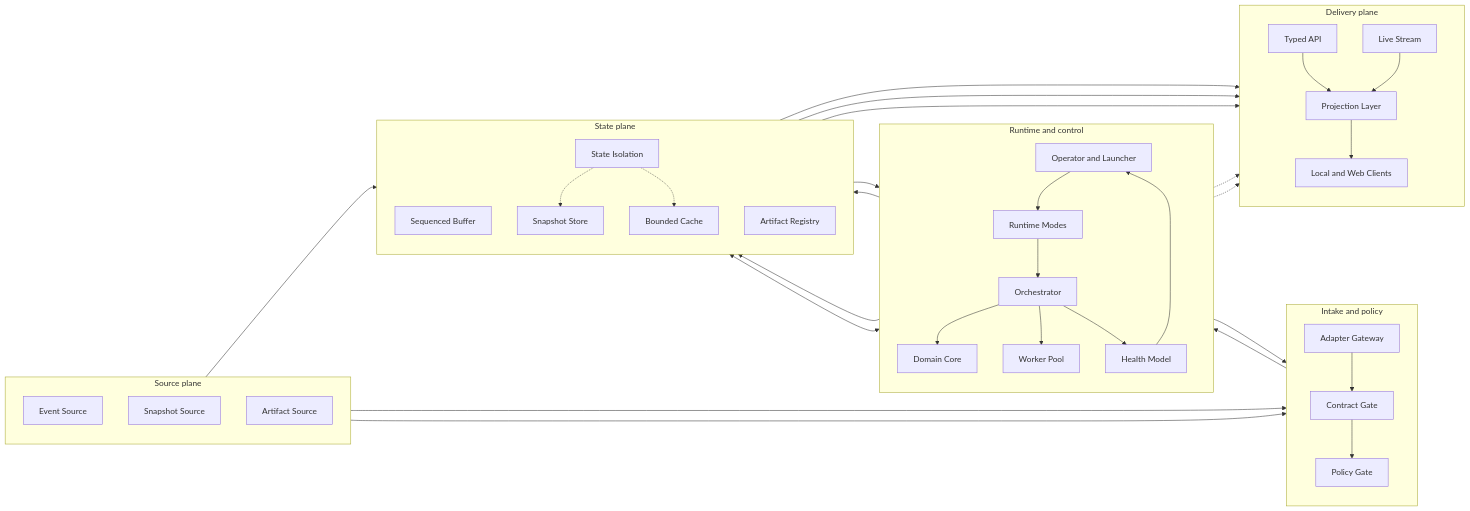
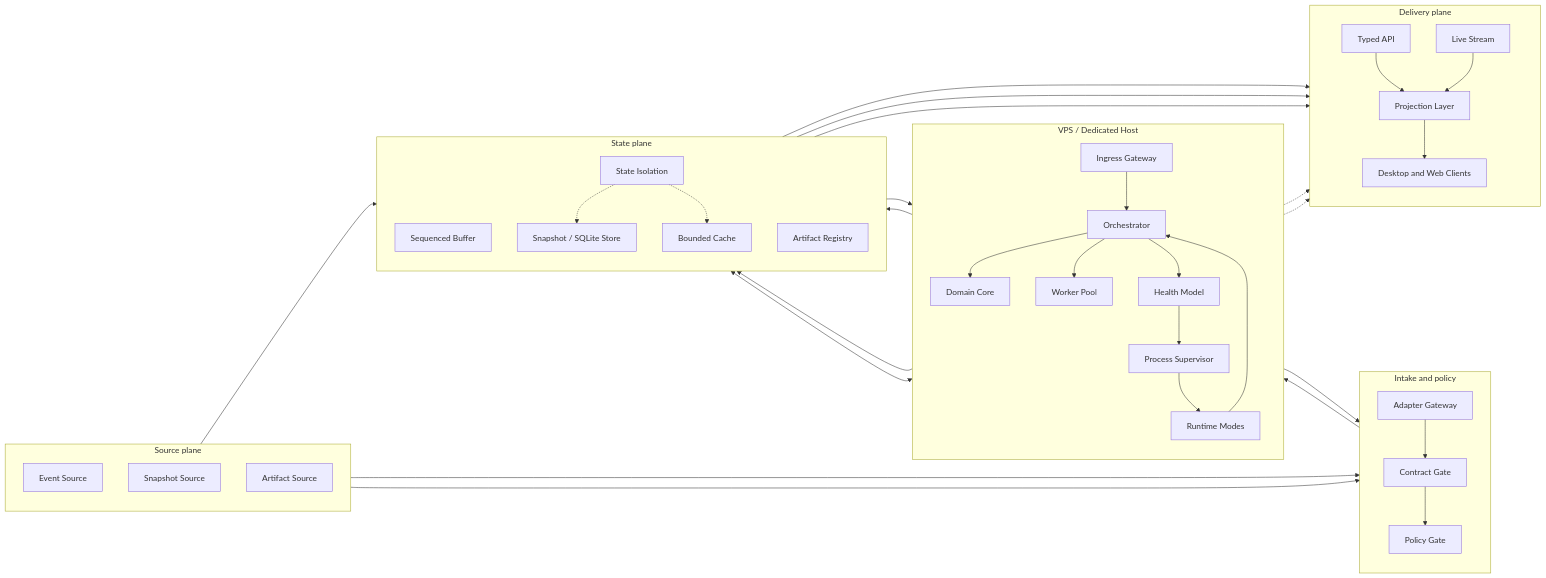
Before and after one commit to VicoD3X/VicoD3X: the diagram in README.md, drawn with Mermaid. The commit also changed other lines of this file, not shown here.

````diff
--- a/README.md
+++ b/README.md
@@ -43,67 +43,68 @@
 ```mermaid
 flowchart LR
     subgraph sources["Source plane"]
         direction TB
         eventSource["Event Source"]
         snapshotSource["Snapshot Source"]
         artifactSource["Artifact Source"]
     end
 
     subgraph intake["Intake and policy"]
         direction TB
         adapters["Adapter Gateway"]
         contracts["Contract Gate"]
         policy["Policy Gate"]
     end
 
-    subgraph core["Runtime and control"]
+    subgraph core["VPS / Dedicated Host"]
         direction TB
-        launcher["Operator and Launcher"]
+        ingress["Ingress Gateway"]
+        supervisor["Process Supervisor"]
         modes["Runtime Modes"]
         orchestrator["Orchestrator"]
         domain["Domain Core"]
         workers["Worker Pool"]
         health["Health Model"]
     end
 
     subgraph state["State plane"]
         direction TB
         eventBuffer["Sequenced Buffer"]
-        snapshotStore["Snapshot Store"]
+        snapshotStore["Snapshot / SQLite Store"]
         cache["Bounded Cache"]
         registry["Artifact Registry"]
         isolation["State Isolation"]
     end
 
     subgraph delivery["Delivery plane"]
         direction TB
         api["Typed API"]
         live["Live Stream"]
         projection["Projection Layer"]
-        clients["Local and Web Clients"]
+        clients["Desktop and Web Clients"]
     end
 
     eventSource --> adapters
     snapshotSource --> adapters
     artifactSource --> registry
-    adapters --> contracts --> policy --> orchestrator
+    adapters --> contracts --> policy --> ingress --> orchestrator
     orchestrator --> domain
     orchestrator --> workers
     workers --> adapters
     registry --> domain
     domain --> eventBuffer
     domain --> snapshotStore
     domain <--> cache
     eventBuffer --> live
     snapshotStore --> api
     cache --> api
     api --> projection
     live --> projection
     projection --> clients
-    launcher --> modes --> orchestrator
-    orchestrator --> health --> launcher
+    supervisor --> modes --> orchestrator
+    orchestrator --> health --> supervisor
     isolation -.-> snapshotStore
     isolation -.-> cache
     health -.-> api
     modes -.-> live
 ```
````
